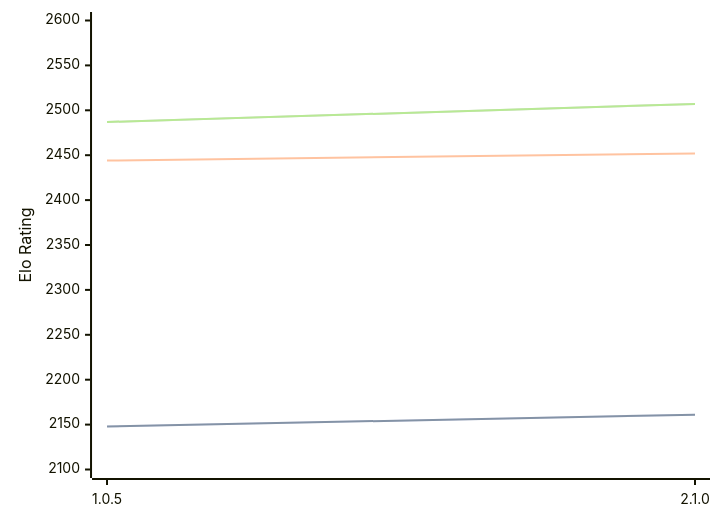
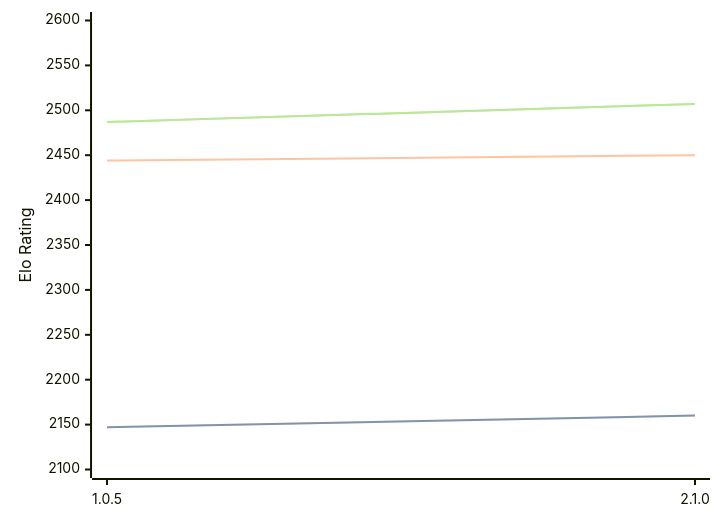
One commit to computer-chess-index/cci changed the diagram in engines/Ruffian.md. Above: the diagram before and after it, drawn with Mermaid. The commit also changed other lines of this file, not shown here.

````diff
--- a/engines/Ruffian.md
+++ b/engines/Ruffian.md
@@ -32,11 +32,11 @@
 ```mermaid
 %%{init: {"theme":"base","themeVariables":{"seriesColors:['#a3a3a3','#222221','#faa371']}}}%%
 xychart-beta
   x-axis ["1.0.5", "2.1.0"]
   y-axis "Elo Rating" 2100 --> 2600
-  line "" [2148, 2161]
-  line "STC (8.0+0.08s)" [2148, 2161]
-  line "LTC (60.0+0.60s)" [2444, 2452]
+  line "" [2147, 2160]
+  line "STC (8.0+0.08s)" [2147, 2160]
+  line "LTC (60.0+0.60s)" [2444, 2450]
   line "" [2487, 2507]
   line "VLTC (2m24s+1.12s)" [2487, 2507]
 ```
````
